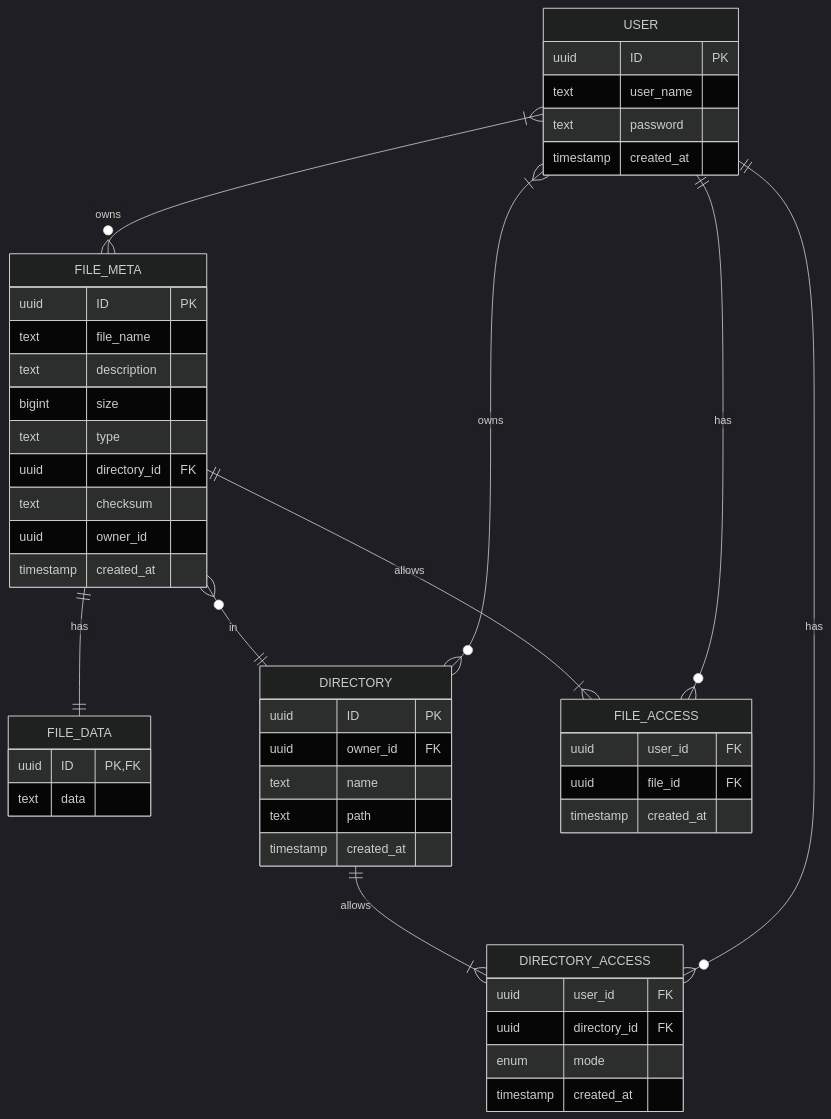
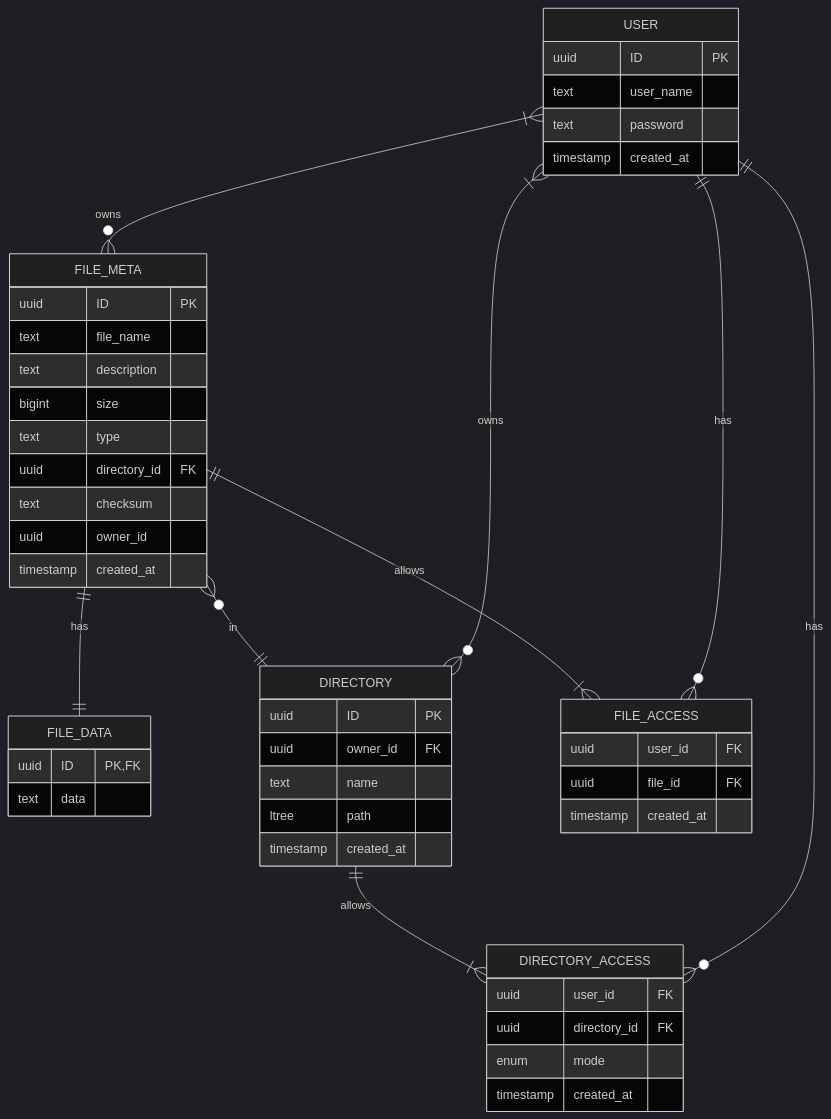
Before and after one commit to SlashLight/highload-cloud: the second of 2 diagrams in README.md, drawn with Mermaid (dark theme). The commit also changed other lines of this file, not shown here.

````diff
--- a/README.md
+++ b/README.md
@@ -41,57 +41,57 @@
 ```mermaid
 erDiagram
 USER{
     uuid ID PK
     text user_name
     text password
     timestamp created_at 
 }
 
 FILE_META{
     uuid ID PK
     text file_name
     text description
     bigint size
     text type
     uuid directory_id FK
     text checksum
     uuid owner_id
     timestamp created_at  
 }
 
 FILE_DATA{
     uuid ID PK, FK
     text data
 }
 
 FILE_META ||--|| FILE_DATA : has
 
 DIRECTORY{
     uuid ID PK
     uuid owner_id FK
     text name
-    text path
+    ltree path
     timestamp created_at  
 }
 
 FILE_ACCESS {
     uuid user_id FK
     uuid file_id FK
     timestamp created_at
 }
 
 DIRECTORY_ACCESS {
     uuid user_id FK
     uuid directory_id FK
     enum mode 
     timestamp created_at
 }
 
 USER }|--o{ FILE_META : owns
 USER }|--o{ DIRECTORY : owns
 USER ||--o{ FILE_ACCESS : has
 FILE_META ||--|{ FILE_ACCESS : allows
 FILE_META }o--|| DIRECTORY : in
 USER ||--o{ DIRECTORY_ACCESS : has
 DIRECTORY ||--|{ DIRECTORY_ACCESS : allows
 ```
````
